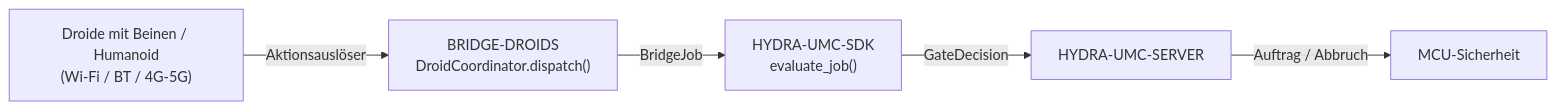
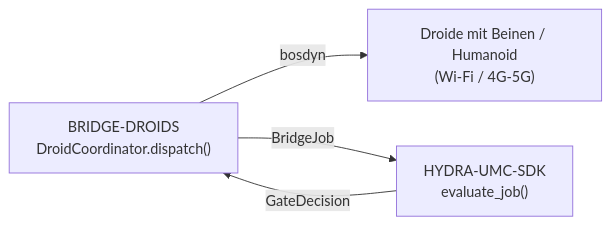
The diagram in README_deu.md (JuanenRac/HYDRA-UMC-BRIDGE-DROIDS), drawn with Mermaid before and after one commit. The commit also changed other lines of this file and 20 other files, not shown here.

````diff
--- a/README_deu.md
+++ b/README_deu.md
@@ -50,7 +51,6 @@
 ```mermaid
 flowchart LR
-    DROID["Droide mit Beinen / Humanoid<br/>(Wi-Fi / BT / 4G-5G)"] -- "Aktionsauslöser" --> BRIDGE["BRIDGE-DROIDS<br/>DroidCoordinator.dispatch()"]
+    BRIDGE["BRIDGE-DROIDS<br/>DroidCoordinator.dispatch()"] -- "bosdyn" --> DROID["Droide mit Beinen / Humanoid<br/>(Wi-Fi / 4G-5G)"]
     BRIDGE -- BridgeJob --> SDK["HYDRA-UMC-SDK<br/>evaluate_job()"]
-    SDK -- GateDecision --> SERVER["HYDRA-UMC-SERVER"]
-    SERVER -- "Auftrag / Abbruch" --> MCU["MCU-Sicherheit"]
+    SDK -- GateDecision --> BRIDGE
 ```
````
